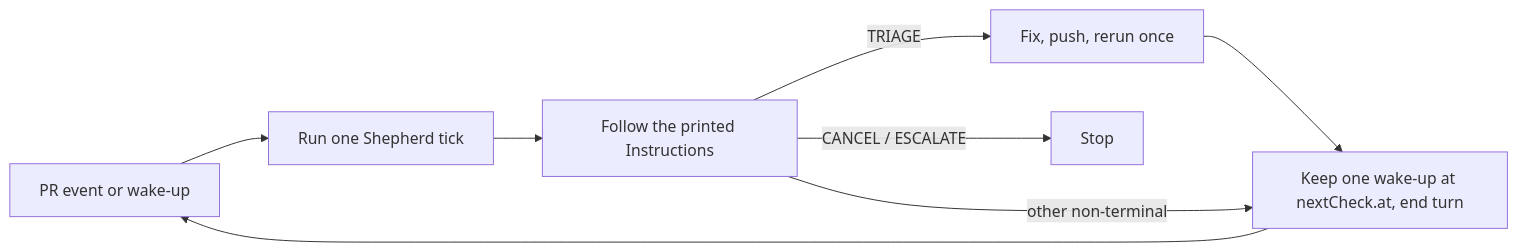
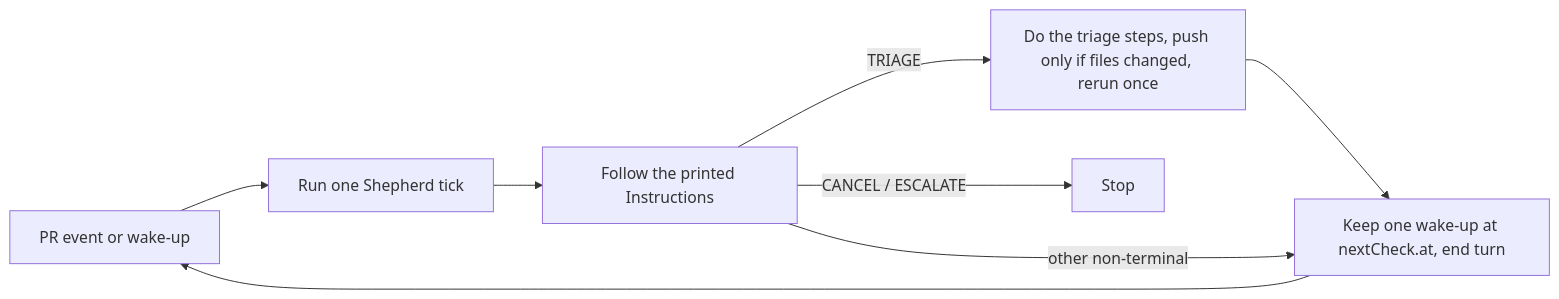
Before and after one commit to jonathanong/pr-shepherd: the diagram in docs/cloud.md, drawn with Mermaid. The commit also changed 1 other file, not shown here.

Commit message:
docs: triage pushes only when files change; name triage.reviewItems

````diff
--- a/docs/cloud.md
+++ b/docs/cloud.md
@@ -9,9 +9,9 @@
 ```mermaid
 flowchart LR
   W[PR event or wake-up] --> T[Run one Shepherd tick]
   T --> I[Follow the printed Instructions]
-  I -->|TRIAGE| F[Fix, push, rerun once] --> E
+  I -->|TRIAGE| F[Do the triage steps, push only if files changed, rerun once] --> E
   I -->|other non-terminal| E[Keep one wake-up at nextCheck.at, end turn]
   I -->|CANCEL / ESCALATE| X[Stop]
   E --> W
 ```
````
